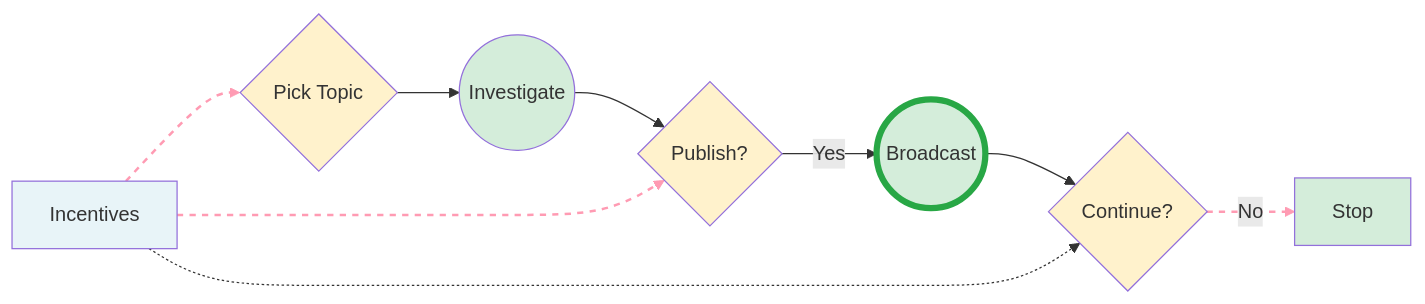
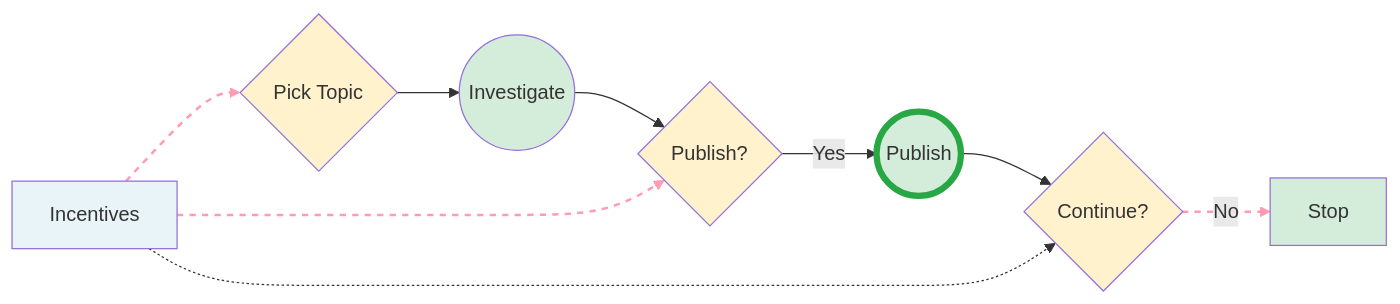
One commit to cottrell/notes changed the second of 5 diagrams in _drafts/2025-09-24-ioannidis-process.md. Above: the diagram before and after it, drawn with Mermaid. The commit also changed other lines of this file, not shown here.

```diff
--- a/_drafts/2025-09-24-ioannidis-process.md
+++ b/_drafts/2025-09-24-ioannidis-process.md
@@ -68,28 +68,28 @@
 {% mermaid %}
 graph LR
     I[Incentives] -.-> T{Pick Topic}
     T --> W((Investigate))
     W --> D{Publish?}
-    D -->|Yes| P((Broadcast))
+    D -->|Yes| P((Publish))
     P --> C{Continue?}
     C -->|No| Stop[Stop]
 
     I -.-> D
     I -.-> C
 
     %% Causal link styling
     linkStyle 0 stroke:#ff9bb3,stroke-width:2px,stroke-dasharray: 5 5
     linkStyle 5 stroke:#ff9bb3,stroke-width:2px,stroke-dasharray: 5 5
     linkStyle 6 stroke:#ff9bb3,stroke-width:2px,stroke-dasharray: 5 5
 
     %% Styling
     classDef process fill:#e8f4f8
     classDef decision fill:#fff2cc
     classDef outcome fill:#d4edda
     classDef broadcast fill:#d4edda,stroke:#28a745,stroke-width:5px
 
     class I process
     class T,D,C decision
     class W,Stop outcome
     class P broadcast
 {% endmermaid %}
```
